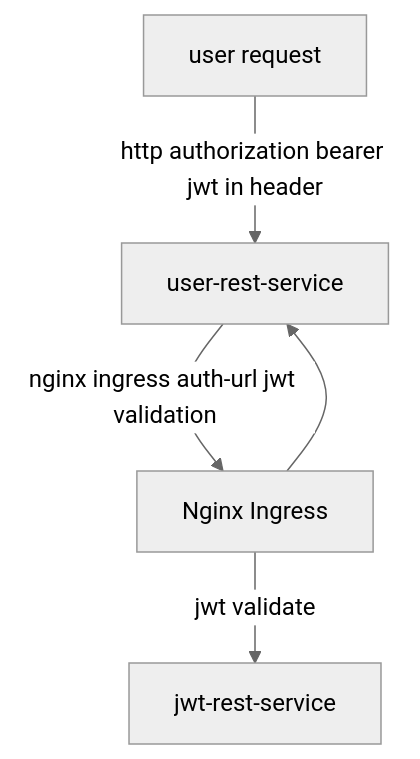
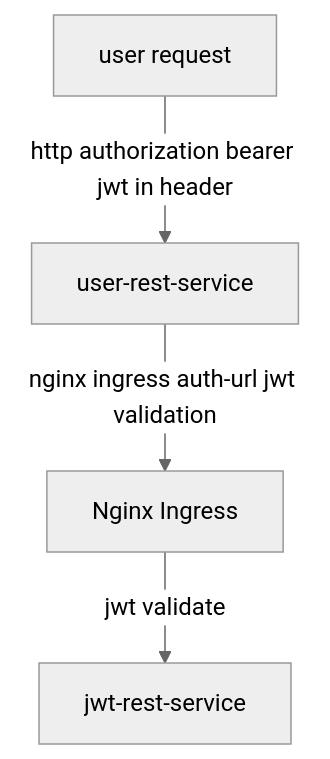
Before and after one commit to sonamsamdupkhangsar/sonamsamdupkhangsar.github.io: the third of 3 diagrams in README.md, drawn with Mermaid (neutral theme).

Commit message:
add jwt redirection

````diff
--- a/README.md
+++ b/README.md
@@ -27,7 +27,6 @@
 ```mermaid
 flowchart TD
     A[user request] --> |http authorization bearer jwt in header| B[user-rest-service]
     B --> | nginx ingress auth-url jwt validation| C[Nginx Ingress]
-    C --> | jwt validate | D[jwt-rest-service]
-    C --> B
+    C --> | jwt validate | D[jwt-rest-service]    
 ``` 
````
